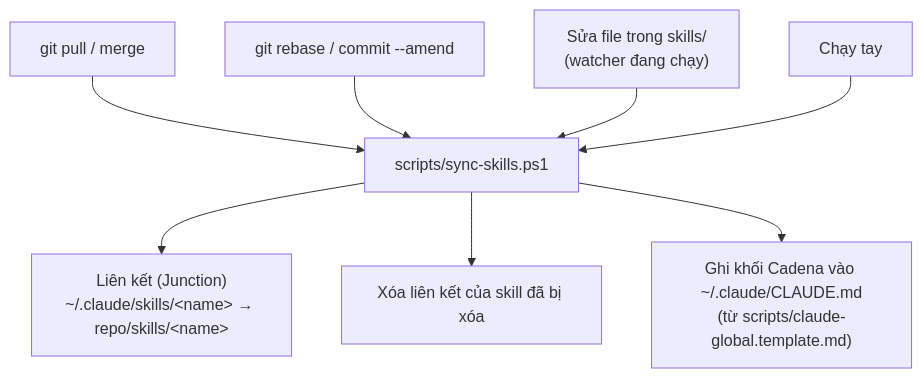
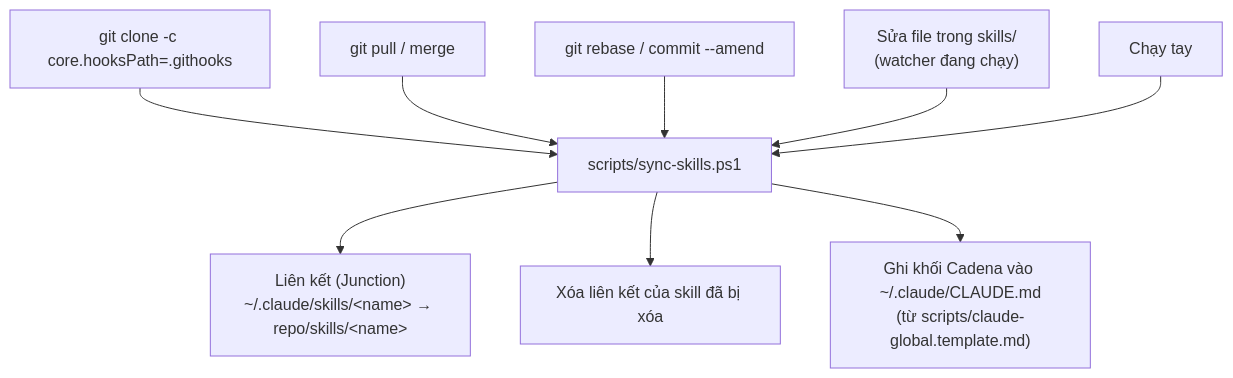
The fifth of 5 diagrams in docs/execution-flow.md (phthuan/Cadena.AI-Engineering), drawn with Mermaid before and after one commit. The commit also changed other lines of this file and 6 other files, not shown here.

````diff
--- a/docs/execution-flow.md
+++ b/docs/execution-flow.md
@@ -252,10 +252,11 @@
 ```mermaid
 flowchart TD
+    T0["git clone -c core.hooksPath=.githooks"] --> S
     T1["git pull / merge"] --> S
     T2["git rebase / commit --amend"] --> S
     T3["Sửa file trong skills/<br/>(watcher đang chạy)"] --> S
     T4["Chạy tay"] --> S
     S["scripts/sync-skills.ps1"] --> J["Liên kết (Junction)<br/>~/.claude/skills/&lt;name&gt; → repo/skills/&lt;name&gt;"]
     S --> X["Xóa liên kết của skill đã bị xóa"]
     S --> C["Ghi khối Cadena vào ~/.claude/CLAUDE.md<br/>(từ scripts/claude-global.template.md)"]
 ```
````
